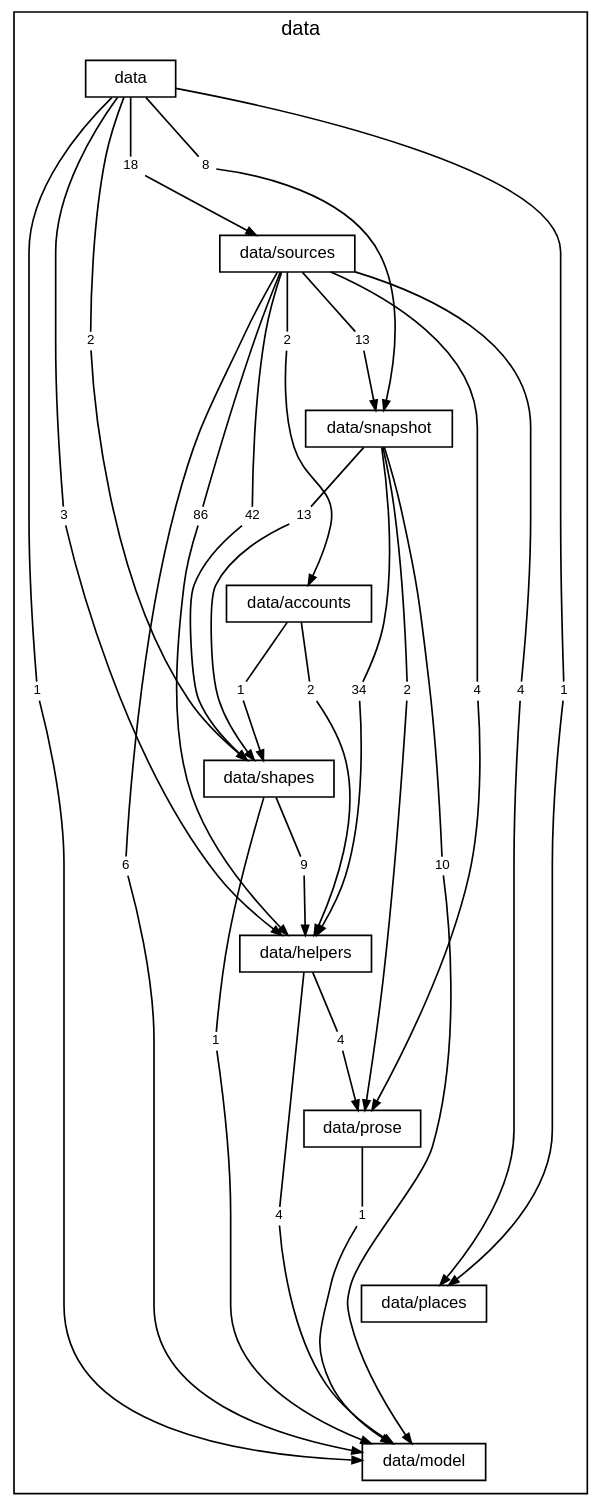
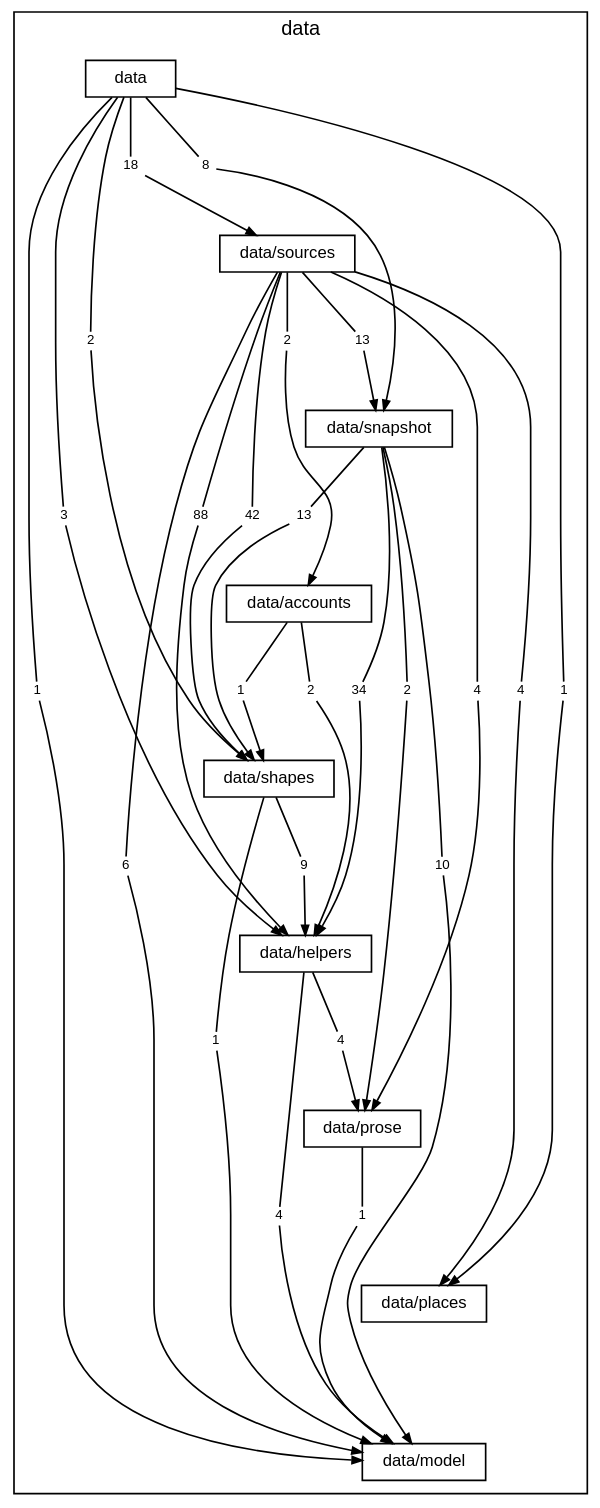
One commit to TheAxeC/oculus changed the diagram in docs/diagrams/layer-data.dot. Above: the diagram before and after it, drawn with Graphviz. The commit also changed 14 other files, not shown here.

```diff
--- a/docs/diagrams/layer-data.dot
+++ b/docs/diagrams/layer-data.dot
@@ -1,97 +1,97 @@
 digraph layer_data {
     graph [bgcolor="transparent", rankdir=TB, newrank=true, mclimit=4, fontname="Helvetica", fontsize=12, nodesep=0.2, ranksep=0.5];
     node [shape=box, color="black", fontcolor="black", fontname="Helvetica", fontsize=10, height=0.3, margin="0.12,0.04"];
     edge [color="black", fontcolor="black", fontname="Helvetica", fontsize=8, arrowsize=0.6];
     subgraph "cluster_data" {
         label="data"; style=solid;
         "folder data" [label="data"];
         "folder data/sources" [label="data/sources"];
         "folder data/snapshot" [label="data/snapshot"];
         "folder data/accounts" [label="data/accounts"];
         "folder data/shapes" [label="data/shapes"];
         "folder data/helpers" [label="data/helpers"];
         "folder data/prose" [label="data/prose"];
         "folder data/places" [label="data/places"];
         "folder data/model" [label="data/model"];
         "folder data to folder data/helpers" [label="3", shape=box, color="transparent", fontsize=8, width=0, height=0, margin="0.04,0.02"];
         "folder data to folder data/model" [label="1", shape=box, color="transparent", fontsize=8, width=0, height=0, margin="0.04,0.02"];
         "folder data to folder data/places" [label="1", shape=box, color="transparent", fontsize=8, width=0, height=0, margin="0.04,0.02"];
         "folder data to folder data/shapes" [label="2", shape=box, color="transparent", fontsize=8, width=0, height=0, margin="0.04,0.02"];
         "folder data to folder data/snapshot" [label="8", shape=box, color="transparent", fontsize=8, width=0, height=0, margin="0.04,0.02"];
         "folder data to folder data/sources" [label="18", shape=box, color="transparent", fontsize=8, width=0, height=0, margin="0.04,0.02"];
         "folder data/sources to folder data/accounts" [label="2", shape=box, color="transparent", fontsize=8, width=0, height=0, margin="0.04,0.02"];
-        "folder data/sources to folder data/helpers" [label="86", shape=box, color="transparent", fontsize=8, width=0, height=0, margin="0.04,0.02"];
+        "folder data/sources to folder data/helpers" [label="88", shape=box, color="transparent", fontsize=8, width=0, height=0, margin="0.04,0.02"];
         "folder data/sources to folder data/model" [label="6", shape=box, color="transparent", fontsize=8, width=0, height=0, margin="0.04,0.02"];
         "folder data/sources to folder data/places" [label="4", shape=box, color="transparent", fontsize=8, width=0, height=0, margin="0.04,0.02"];
         "folder data/sources to folder data/prose" [label="4", shape=box, color="transparent", fontsize=8, width=0, height=0, margin="0.04,0.02"];
         "folder data/sources to folder data/shapes" [label="42", shape=box, color="transparent", fontsize=8, width=0, height=0, margin="0.04,0.02"];
         "folder data/sources to folder data/snapshot" [label="13", shape=box, color="transparent", fontsize=8, width=0, height=0, margin="0.04,0.02"];
         "folder data/snapshot to folder data/helpers" [label="34", shape=box, color="transparent", fontsize=8, width=0, height=0, margin="0.04,0.02"];
         "folder data/snapshot to folder data/model" [label="10", shape=box, color="transparent", fontsize=8, width=0, height=0, margin="0.04,0.02"];
         "folder data/snapshot to folder data/prose" [label="2", shape=box, color="transparent", fontsize=8, width=0, height=0, margin="0.04,0.02"];
         "folder data/snapshot to folder data/shapes" [label="13", shape=box, color="transparent", fontsize=8, width=0, height=0, margin="0.04,0.02"];
         "folder data/accounts to folder data/helpers" [label="2", shape=box, color="transparent", fontsize=8, width=0, height=0, margin="0.04,0.02"];
         "folder data/accounts to folder data/shapes" [label="1", shape=box, color="transparent", fontsize=8, width=0, height=0, margin="0.04,0.02"];
         "folder data/shapes to folder data/helpers" [label="9", shape=box, color="transparent", fontsize=8, width=0, height=0, margin="0.04,0.02"];
         "folder data/shapes to folder data/model" [label="1", shape=box, color="transparent", fontsize=8, width=0, height=0, margin="0.04,0.02"];
         "folder data/helpers to folder data/model" [label="4", shape=box, color="transparent", fontsize=8, width=0, height=0, margin="0.04,0.02"];
         "folder data/helpers to folder data/prose" [label="4", shape=box, color="transparent", fontsize=8, width=0, height=0, margin="0.04,0.02"];
         "folder data/prose to folder data/model" [label="1", shape=box, color="transparent", fontsize=8, width=0, height=0, margin="0.04,0.02"];
     }
     "folder data" -> "folder data/sources" [style=invis, weight=10, minlen=2];
     "folder data/sources" -> "folder data/snapshot" [style=invis, weight=10, minlen=2];
     "folder data/snapshot" -> "folder data/accounts" [style=invis, weight=10, minlen=2];
     "folder data/accounts" -> "folder data/shapes" [style=invis, weight=10, minlen=2];
     "folder data/shapes" -> "folder data/helpers" [style=invis, weight=10, minlen=2];
     "folder data/helpers" -> "folder data/prose" [style=invis, weight=10, minlen=2];
     "folder data/prose" -> "folder data/places" [style=invis, weight=10, minlen=2];
     "folder data/places" -> "folder data/model" [style=invis, weight=10, minlen=2];
     "folder data" -> "folder data to folder data/helpers" [arrowhead=none, minlen=5, weight=10];
     "folder data to folder data/helpers" -> "folder data/helpers" [];
     "folder data" -> "folder data to folder data/model" [arrowhead=none, minlen=7, weight=10];
     "folder data to folder data/model" -> "folder data/model" [];
     "folder data" -> "folder data to folder data/places" [arrowhead=none, minlen=7, weight=10];
     "folder data to folder data/places" -> "folder data/places" [];
     "folder data" -> "folder data to folder data/shapes" [arrowhead=none, minlen=3, weight=10];
     "folder data to folder data/shapes" -> "folder data/shapes" [];
     "folder data" -> "folder data to folder data/snapshot" [arrowhead=none, minlen=1, weight=10];
     "folder data to folder data/snapshot" -> "folder data/snapshot" [];
     "folder data" -> "folder data to folder data/sources" [arrowhead=none, minlen=1, weight=10];
     "folder data to folder data/sources" -> "folder data/sources" [];
     "folder data/sources" -> "folder data/sources to folder data/accounts" [arrowhead=none, minlen=1, weight=10];
     "folder data/sources to folder data/accounts" -> "folder data/accounts" [];
     "folder data/sources" -> "folder data/sources to folder data/helpers" [arrowhead=none, minlen=3, weight=10];
     "folder data/sources to folder data/helpers" -> "folder data/helpers" [];
     "folder data/sources" -> "folder data/sources to folder data/model" [arrowhead=none, minlen=7, weight=10];
     "folder data/sources to folder data/model" -> "folder data/model" [];
     "folder data/sources" -> "folder data/sources to folder data/places" [arrowhead=none, minlen=5, weight=10];
     "folder data/sources to folder data/places" -> "folder data/places" [];
     "folder data/sources" -> "folder data/sources to folder data/prose" [arrowhead=none, minlen=5, weight=10];
     "folder data/sources to folder data/prose" -> "folder data/prose" [];
     "folder data/sources" -> "folder data/sources to folder data/shapes" [arrowhead=none, minlen=3, weight=10];
     "folder data/sources to folder data/shapes" -> "folder data/shapes" [];
     "folder data/sources" -> "folder data/sources to folder data/snapshot" [arrowhead=none, minlen=1, weight=10];
     "folder data/sources to folder data/snapshot" -> "folder data/snapshot" [];
     "folder data/snapshot" -> "folder data/snapshot to folder data/helpers" [arrowhead=none, minlen=3, weight=10];
     "folder data/snapshot to folder data/helpers" -> "folder data/helpers" [];
     "folder data/snapshot" -> "folder data/snapshot to folder data/model" [arrowhead=none, minlen=5, weight=10];
     "folder data/snapshot to folder data/model" -> "folder data/model" [];
     "folder data/snapshot" -> "folder data/snapshot to folder data/prose" [arrowhead=none, minlen=3, weight=10];
     "folder data/snapshot to folder data/prose" -> "folder data/prose" [];
     "folder data/snapshot" -> "folder data/snapshot to folder data/shapes" [arrowhead=none, minlen=1, weight=10];
     "folder data/snapshot to folder data/shapes" -> "folder data/shapes" [];
     "folder data/accounts" -> "folder data/accounts to folder data/helpers" [arrowhead=none, minlen=1, weight=10];
     "folder data/accounts to folder data/helpers" -> "folder data/helpers" [];
     "folder data/accounts" -> "folder data/accounts to folder data/shapes" [arrowhead=none, minlen=1, weight=10];
     "folder data/accounts to folder data/shapes" -> "folder data/shapes" [];
     "folder data/shapes" -> "folder data/shapes to folder data/helpers" [arrowhead=none, minlen=1, weight=10];
     "folder data/shapes to folder data/helpers" -> "folder data/helpers" [];
     "folder data/shapes" -> "folder data/shapes to folder data/model" [arrowhead=none, minlen=3, weight=10];
     "folder data/shapes to folder data/model" -> "folder data/model" [];
     "folder data/helpers" -> "folder data/helpers to folder data/model" [arrowhead=none, minlen=3, weight=10];
     "folder data/helpers to folder data/model" -> "folder data/model" [];
     "folder data/helpers" -> "folder data/helpers to folder data/prose" [arrowhead=none, minlen=1, weight=10];
     "folder data/helpers to folder data/prose" -> "folder data/prose" [];
     "folder data/prose" -> "folder data/prose to folder data/model" [arrowhead=none, minlen=1, weight=10];
     "folder data/prose to folder data/model" -> "folder data/model" [];
 }
```
